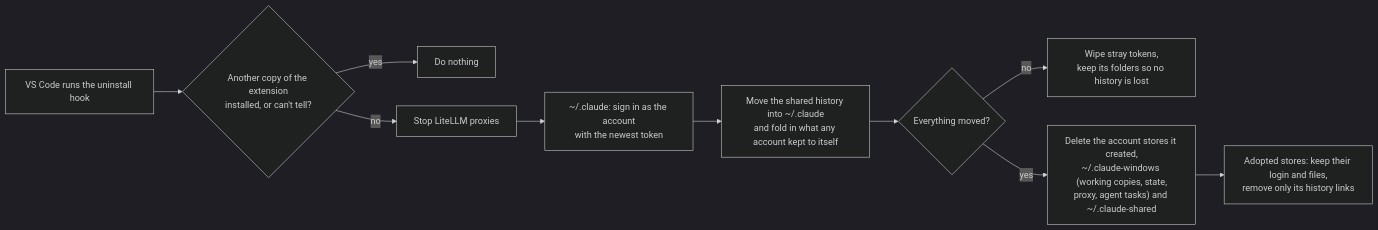
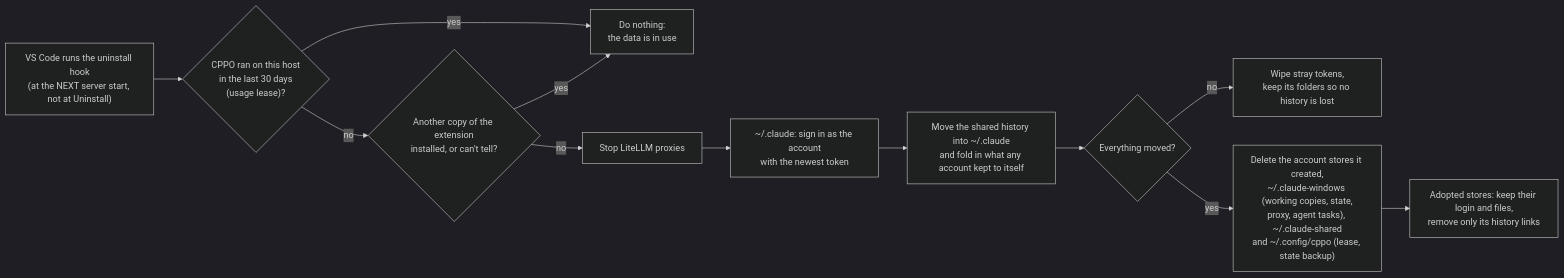
The diagram in docs/diagrams/uninstall.mmd (warrenb213/claude-parallel-profiles), drawn with Mermaid (dark theme) before and after one commit. The commit also changed 10 other files, not shown here.

First line of the commit message:
fix: usage lease + state backup so a stale uninstall script can't wipe a host (1.18.2)

```diff
--- a/docs/diagrams/uninstall.mmd
+++ b/docs/diagrams/uninstall.mmd
@@ -1,10 +1,12 @@
 flowchart LR
-  start["VS Code runs the uninstall hook"] --> other{"Another copy of the extension<br/>installed, or can't tell?"}
-  other -- "yes" --> stop0["Do nothing"]
+  start["VS Code runs the uninstall hook<br/>(at the NEXT server start, not at Uninstall)"] --> lease{"CPPO ran on this host<br/>in the last 30 days<br/>(usage lease)?"}
+  lease -- "yes" --> stop0["Do nothing:<br/>the data is in use"]
+  lease -- "no" --> other{"Another copy of the extension<br/>installed, or can't tell?"}
+  other -- "yes" --> stop0
   other -- "no" --> proxies["Stop LiteLLM proxies"]
   proxies --> acct["~/.claude: sign in as the account<br/>with the newest token"]
   acct --> hist["Move the shared history into ~/.claude<br/>and fold in what any account kept to itself"]
   hist --> ok{"Everything moved?"}
   ok -- "no" --> keep["Wipe stray tokens,<br/>keep its folders so no history is lost"]
-  ok -- "yes" --> rm["Delete the account stores it created,<br/>~/.claude-windows (working copies, state,<br/>proxy, agent tasks) and ~/.claude-shared"]
+  ok -- "yes" --> rm["Delete the account stores it created,<br/>~/.claude-windows (working copies, state,<br/>proxy, agent tasks), ~/.claude-shared<br/>and ~/.config/cppo (lease, state backup)"]
   rm --> adopted["Adopted stores: keep their login and files,<br/>remove only its history links"]
```
